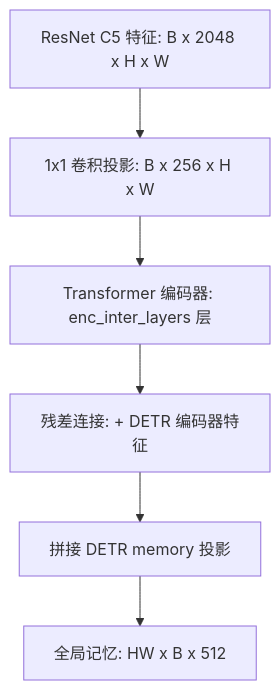
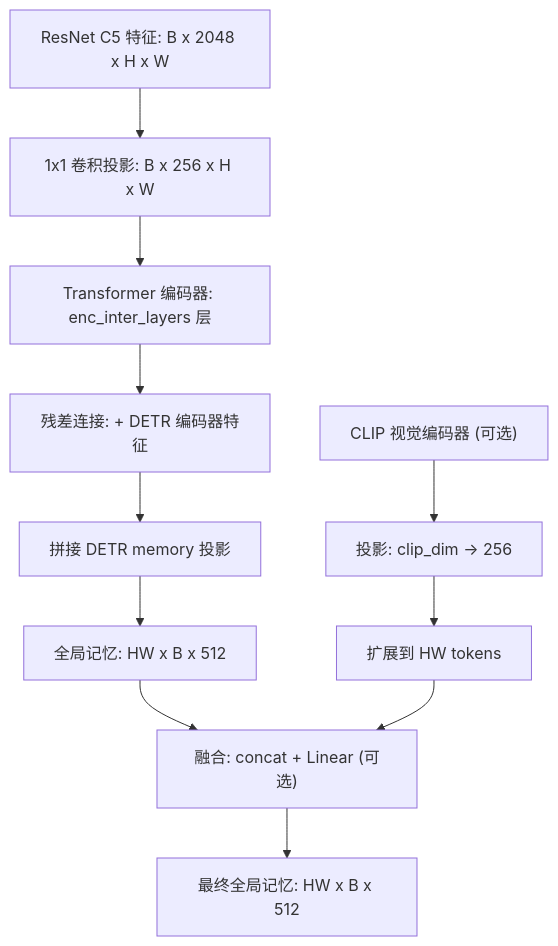
One commit to ddwhzh/GFIN changed the second of 7 diagrams in docs/2026-02-23-v1-architecture.md. Above: the diagram before and after it, drawn with Mermaid. The commit also changed other lines of this file and 11 other files, not shown here.

```diff
--- a/docs/2026-02-23-v1-architecture.md
+++ b/docs/2026-02-23-v1-architecture.md
@@ -76,8 +76,13 @@
 :::mermaid
 graph TD
     A[ResNet C5 特征: B x 2048 x H x W] --> B[1x1 卷积投影: B x 256 x H x W]
     B --> C[Transformer 编码器: enc_inter_layers 层]
     C --> D[残差连接: + DETR 编码器特征]
     D --> E[拼接 DETR memory 投影]
     E --> F[全局记忆: HW x B x 512]
+    G["CLIP 视觉编码器 (可选)"] --> H[投影: clip_dim -> 256]
+    H --> I[扩展到 HW tokens]
+    F --> J["融合: concat + Linear (可选)"]
+    I --> J
+    J --> K[最终全局记忆: HW x B x 512]
 :::
```
